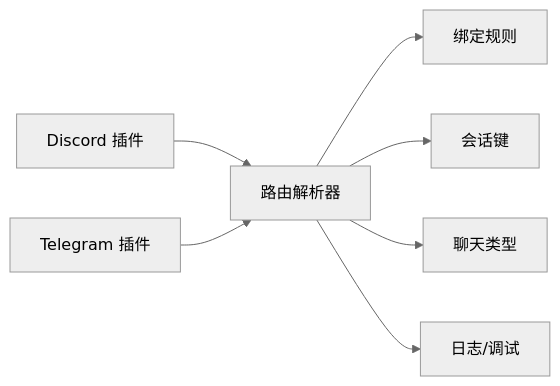
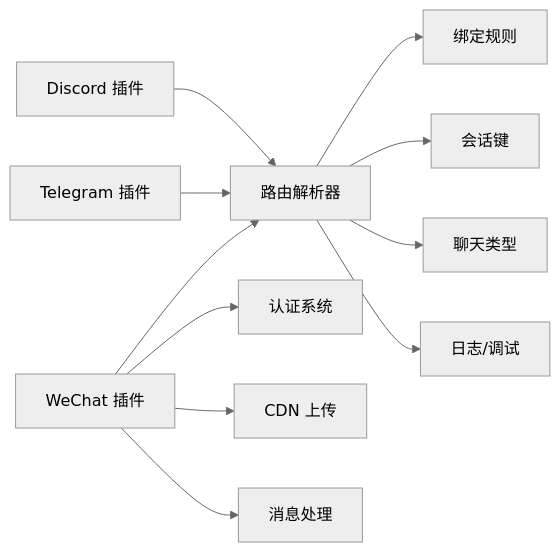
One commit to verse-ai-org/openclaw changed the ninth of 9 diagrams in .qoder/repowiki/zh/content/消息通道系统/消息通道系统.md. Above: the diagram before and after it, drawn with Mermaid (neutral theme). The commit also changed other lines of this file and 23 other files, not shown here.

````diff
--- a/.qoder/repowiki/zh/content/消息通道系统/消息通道系统.md
+++ b/.qoder/repowiki/zh/content/消息通道系统/消息通道系统.md
@@ -250,9 +395,13 @@
 ```mermaid
 graph LR
 DISC["Discord 插件"] --> ROUTE["路由解析器"]
 TG["Telegram 插件"] --> ROUTE
+WX["WeChat 插件"] --> ROUTE
+WX --> AUTH["认证系统"]
+WX --> CDN["CDN 上传"]
+WX --> MSG["消息处理"]
 ROUTE --> BIND["绑定规则"]
 ROUTE --> SESSION["会话键"]
 ROUTE --> CHAT["聊天类型"]
 ROUTE --> LOG["日志/调试"]
 ```
````
